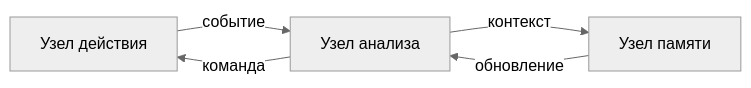
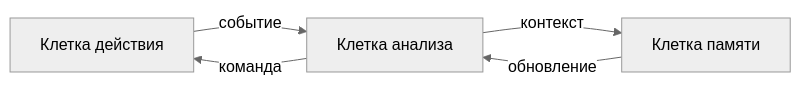
The diagram in README.md (redvampir/Neira), drawn with Mermaid (neutral theme) before and after one commit. The commit also changed other lines of this file and 104 other files, not shown here.

````diff
--- a/README.md
+++ b/README.md
@@ -317,7 +317,7 @@
 ```mermaid
 flowchart LR
-    Action[Узел действия] -->|событие| Analysis[Узел анализа]
-    Analysis -->|контекст| Memory[Узел памяти]
+    Action[Клетка действия] -->|событие| Analysis[Клетка анализа]
+    Analysis -->|контекст| Memory[Клетка памяти]
     Memory -->|обновление| Analysis
     Analysis -->|команда| Action
 ```
````
